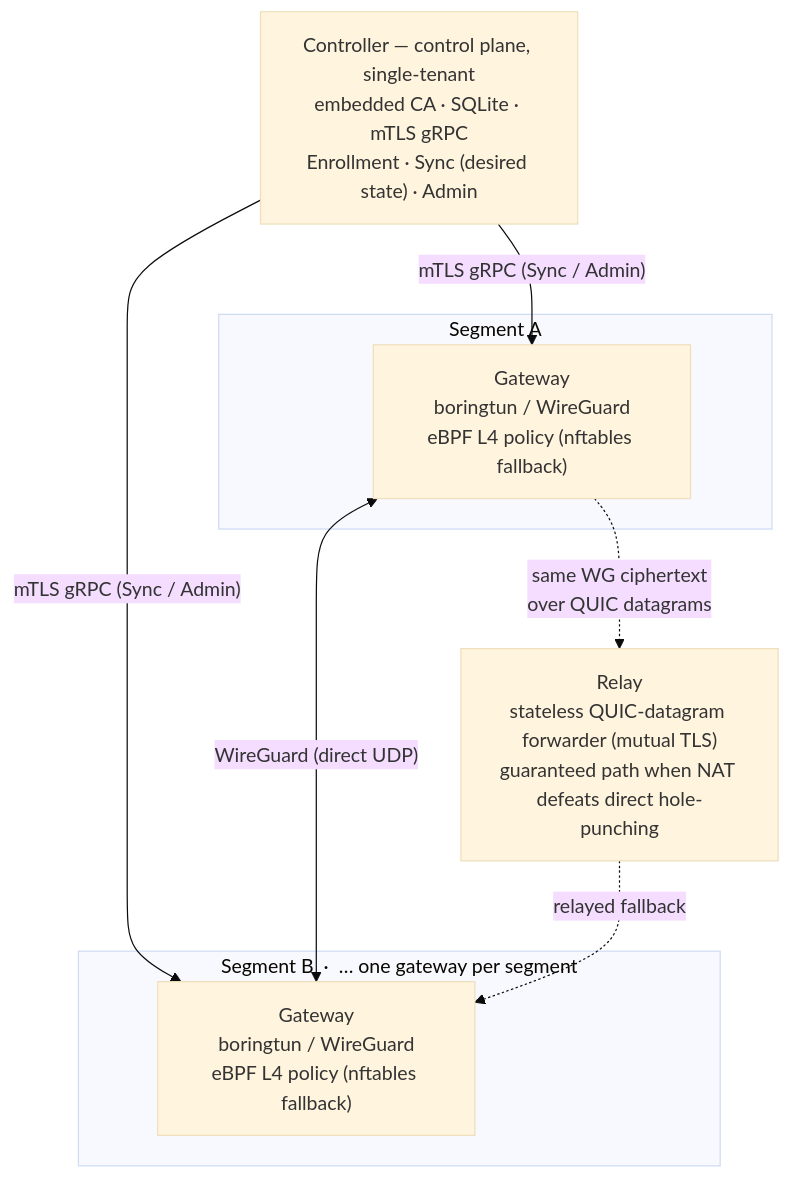
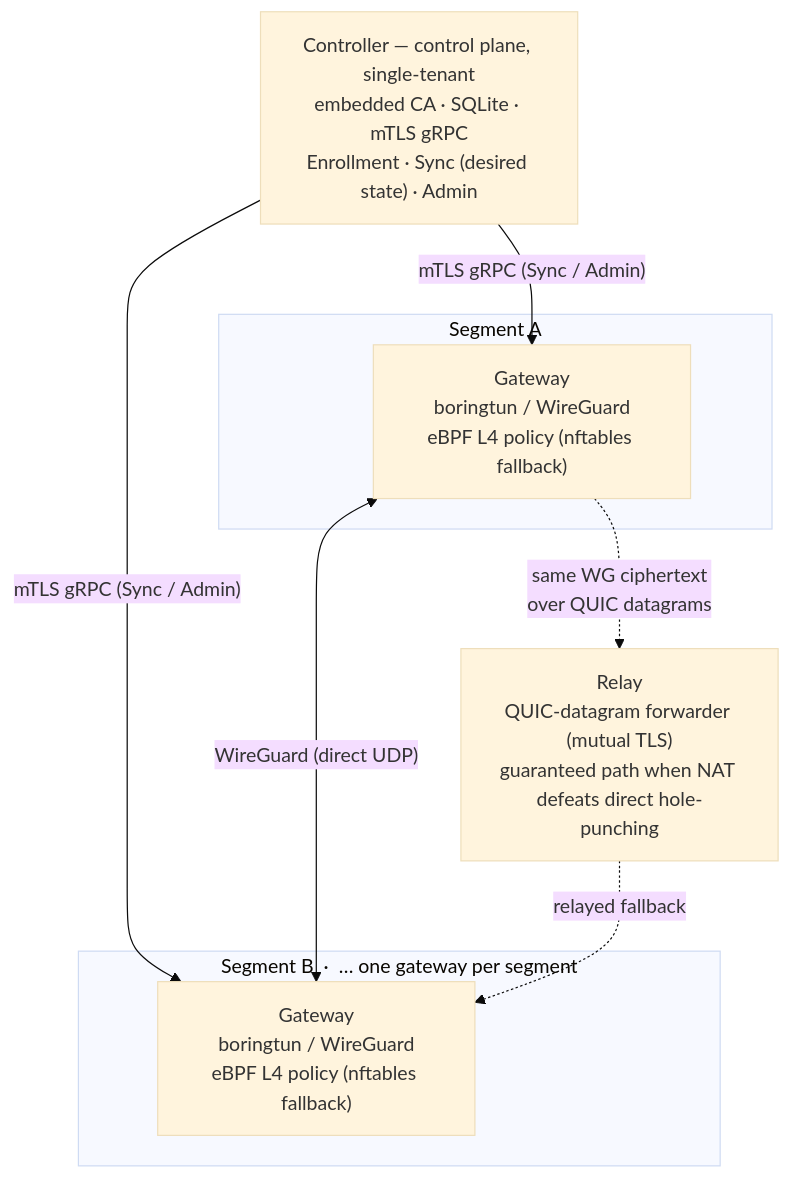
The diagram in README.md (zozo6015/wireMesh), drawn with Mermaid (base theme) before and after one commit. The commit also changed other lines of this file and 82 other files, not shown here.

````diff
--- a/README.md
+++ b/README.md
@@ -37,20 +39,20 @@
 ```mermaid
 flowchart TB
     C["Controller — control plane, single-tenant<br/>embedded CA · SQLite · mTLS gRPC<br/>Enrollment · Sync (desired state) · Admin"]
 
     subgraph SA["Segment A"]
         GA["Gateway<br/>boringtun / WireGuard<br/>eBPF L4 policy (nftables fallback)"]
     end
 
     subgraph SB["Segment B &nbsp;·&nbsp; … one gateway per segment"]
         GB["Gateway<br/>boringtun / WireGuard<br/>eBPF L4 policy (nftables fallback)"]
     end
 
-    R["Relay<br/>stateless QUIC-datagram forwarder (mutual TLS)<br/>guaranteed path when NAT defeats direct hole-punching"]
+    R["Relay<br/>QUIC-datagram forwarder (mutual TLS)<br/>guaranteed path when NAT defeats direct hole-punching"]
 
     C -->|"mTLS gRPC (Sync / Admin)"| GA
     C -->|"mTLS gRPC (Sync / Admin)"| GB
     GA <-->|"WireGuard (direct UDP)"| GB
     GA -.->|"same WG ciphertext<br/>over QUIC datagrams"| R
     R -.->|relayed fallback| GB
 ```
````
